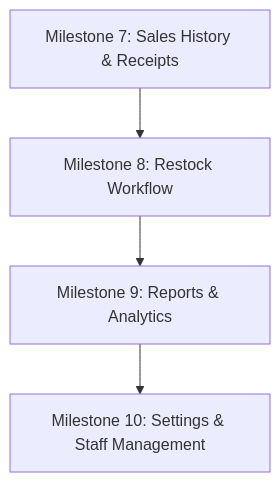
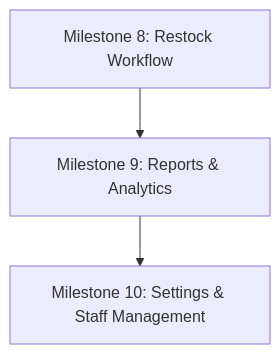
Before and after one commit to toluene-18/-pos-inventory-project: the diagram in HANDOVER_PLAN.md, drawn with Mermaid. The commit also changed other lines of this file, not shown here.

Commit message:
docs: update handover plan with completed sales history milestone

````diff
--- a/HANDOVER_PLAN.md
+++ b/HANDOVER_PLAN.md
@@ -111,6 +118,5 @@
 ```mermaid
 flowchart TD
-    A[Milestone 7: Sales History & Receipts] --> B[Milestone 8: Restock Workflow]
-    B --> C[Milestone 9: Reports & Analytics]
-    C --> D[Milestone 10: Settings & Staff Management]
+    A[Milestone 8: Restock Workflow] --> B[Milestone 9: Reports & Analytics]
+    B --> C[Milestone 10: Settings & Staff Management]
 ```
````
